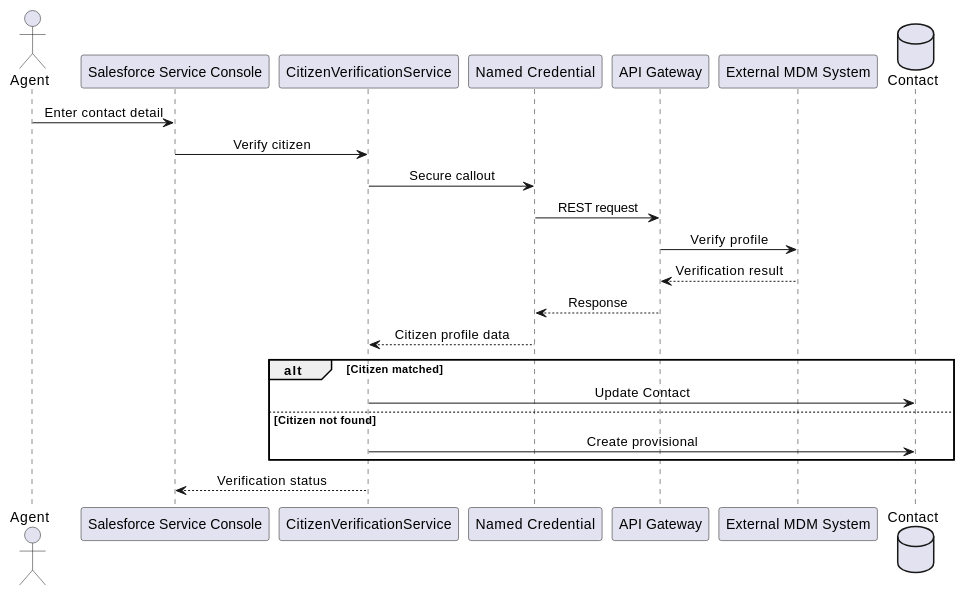
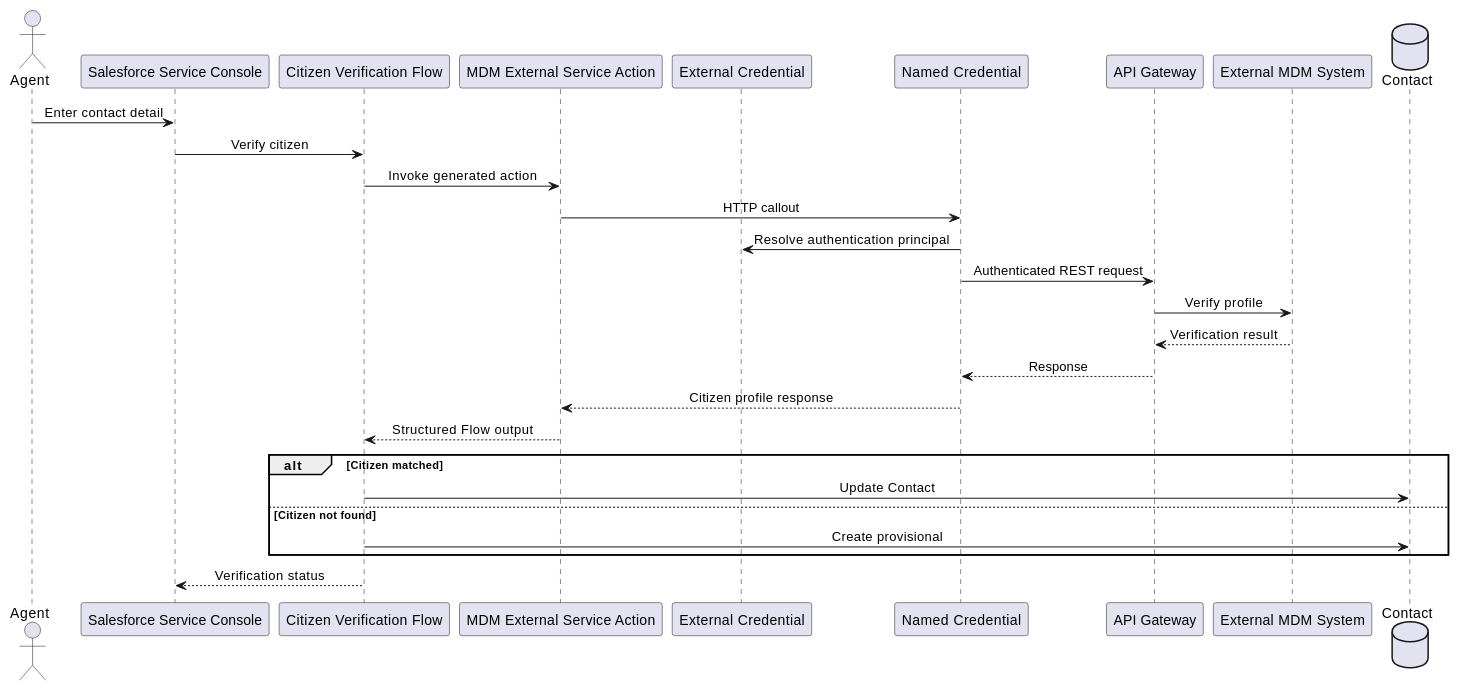
Diagram 19 of 26 in doc/SADD Task 2.md (jimmytobing/virtusa), drawn with PlantUML before and after one commit. The commit also changed other lines of this file and 7 other files, not shown here.

````diff
--- a/doc/SADD Task 2.md
+++ b/doc/SADD Task 2.md
@@ -1211,30 +1238,35 @@
 ```plantuml
 @startuml
 skinparam sequenceMessageAlign center
 actor Agent
 participant "Salesforce Service Console" as Console
-participant CitizenVerificationService
+participant "Citizen Verification Flow" as VerificationFlow
+participant "MDM External Service Action" as ExternalService
+participant "External Credential" as EC
 participant "Named Credential" as NC
 participant "API Gateway" as Gateway
 participant "External MDM System" as MDM
 database "Contact" as Contact
 
 Agent -> Console : Enter contact detail
-Console -> CitizenVerificationService : Verify citizen
-CitizenVerificationService -> NC : Secure callout
-NC -> Gateway : REST request
+Console -> VerificationFlow : Verify citizen
+VerificationFlow -> ExternalService : Invoke generated action
+ExternalService -> NC : HTTP callout
+NC -> EC : Resolve authentication principal
+NC -> Gateway : Authenticated REST request
 Gateway -> MDM : Verify profile
 MDM --> Gateway : Verification result
 Gateway --> NC : Response
-NC --> CitizenVerificationService : Citizen profile data
+NC --> ExternalService : Citizen profile response
+ExternalService --> VerificationFlow : Structured Flow output
 
 alt Citizen matched
-  CitizenVerificationService -> Contact : Update Contact
+  VerificationFlow -> Contact : Update Contact
 else Citizen not found
-  CitizenVerificationService -> Contact : Create provisional
+  VerificationFlow -> Contact : Create provisional
 end
 
-CitizenVerificationService --> Console : Verification status
+VerificationFlow --> Console : Verification status
 
 @enduml
 ```
````
